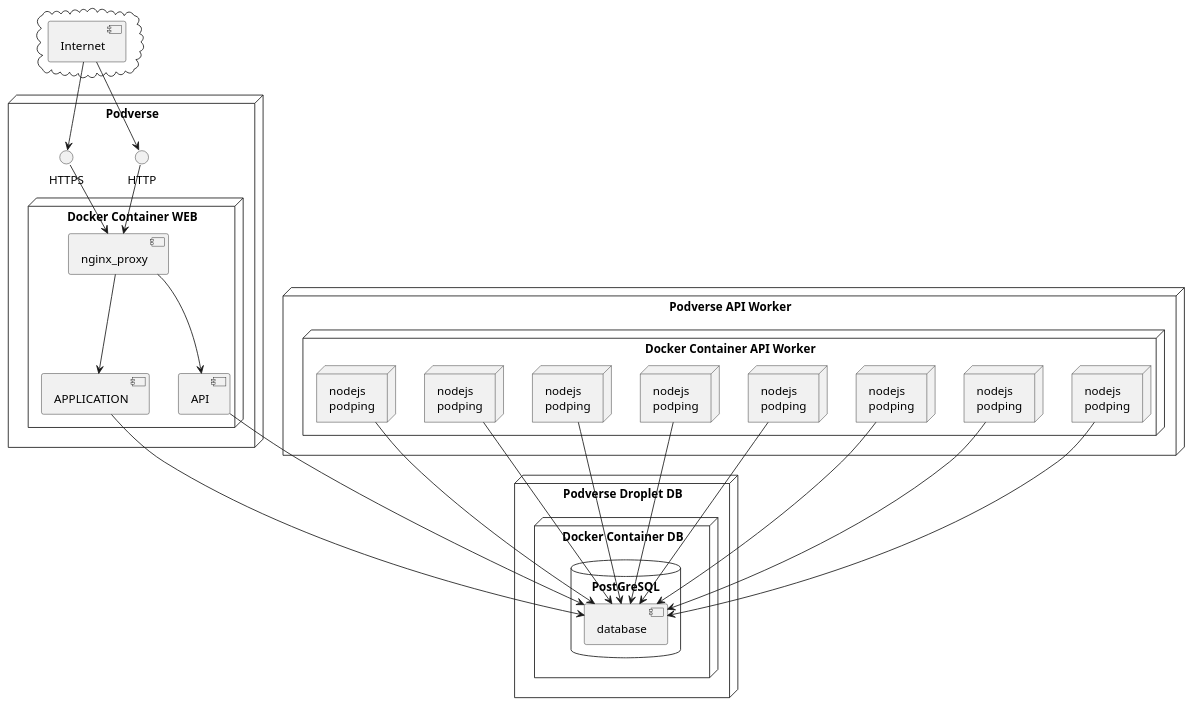
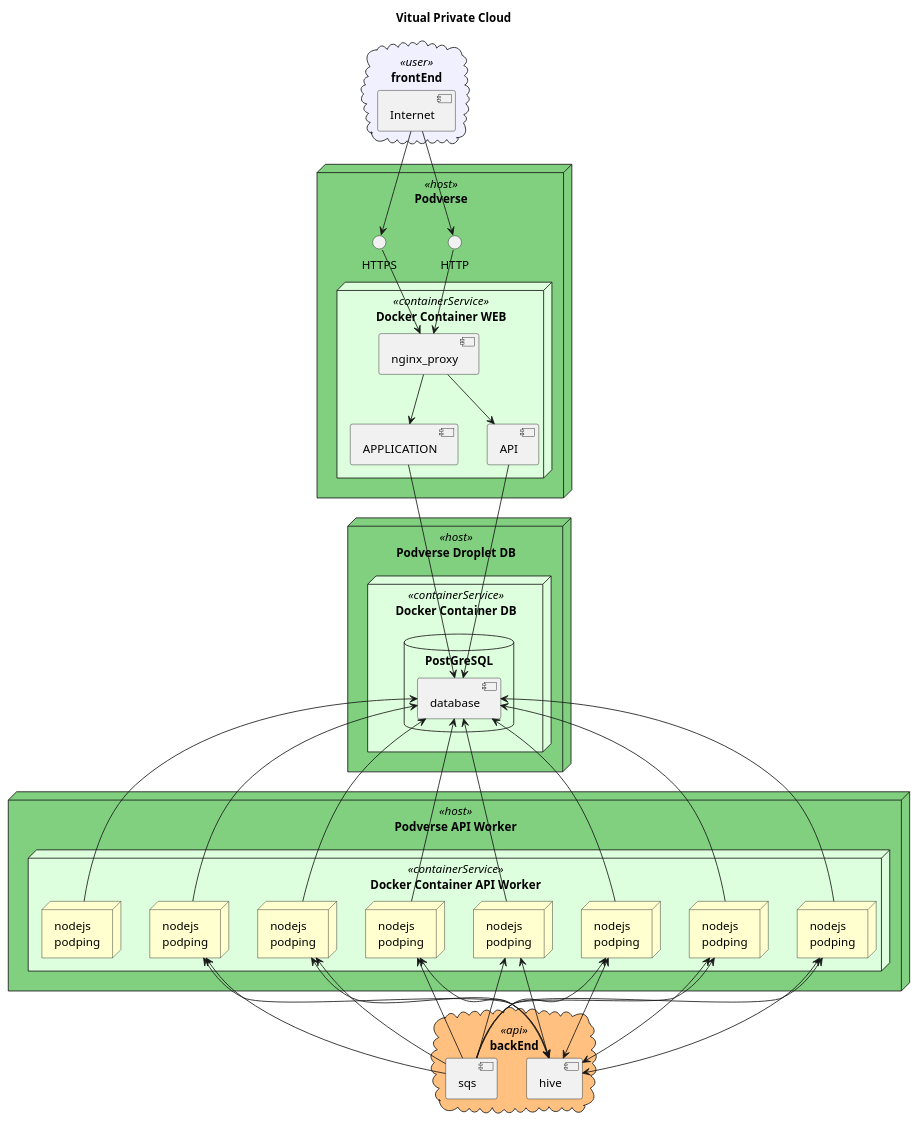
The diagram in diagrams/vps00.puml (podverse/podverse-ops), drawn with PlantUML before and after one commit. The commit also changed other lines of this file and 1 other file, not shown here.

```diff
--- a/diagrams/vps00.puml
+++ b/diagrams/vps00.puml
@@ -1,80 +3,112 @@
 @startuml vps00
 
-cloud {
-  [Internet]
+title Vitual Private Cloud
+
+skinparam node {
+
+BackgroundColor #FFFFD0
+BackgroundColor<<host>> #80D080
+BackgroundColor<<containerService>> #DDFFDD
 }
 
-node "Podverse" {
-  [Internet] --> HTTP
-  [Internet] --> HTTPS
-
-
-  node "Docker Container WEB" {
-    [nginx_proxy]
-    [APPLICATION]
-    [API]
-  }
+skinparam cloud {
+BackgroundColor<<user>> #F0F0FF
+BackgroundColor<<api>> #FFC080
+}
+cloud frontEnd <<user>>{
+[Internet]
 }
 
-node "Podverse Droplet DB" {
-  node "Docker Container DB" {
-    database "PostGreSQL" {
-      [database]
-    }
-  }
+cloud backEnd <<api>> {
+[hive]
+[sqs]
 }
-node "Podverse API Worker" {
-  node "Docker Container API Worker" {
-    node node0 [
-      nodejs
-      podping
-    ]
-    node node1 [
-      nodejs
-      podping
-    ]
-    node node2 [
-      nodejs
-      podping
-    ]
-    node node3 [
-      nodejs
-      podping
-    ]
-    node node4 [
-      nodejs
-      podping
-    ]
-    node node5 [
-      nodejs
-      podping
-    ]
-    node node6 [
-      nodejs
-      podping
-    ]
-    node node7 [
-      nodejs
-      podping
-    ]
-  }
+node proxy <<host>> as “Podverse” {
+[Internet] --> HTTP
+[Internet] --> HTTPS
+
+node webDocker <<containerService>> as “Docker Container WEB” {
+[nginx_proxy]
+[APPLICATION]
+[API]
+}
 }
 
+node dbserver <<host>> as “Podverse Droplet DB” {
+node dbserverDocker <<containerService>> as “Docker Container DB” {
+database “PostGreSQL” {
+[database]
+}
+}
+}
+node apiWorkcer <<host>> as “Podverse API Worker” {
+node apiWorkcerDocker <<containerService>> as “Docker Container API Worker” {
+node node0 [
+nodejs
+podping
+]
+node node1 [
+nodejs
+podping
+]
+node node2 [
+nodejs
+podping
+]
+node node3 [
+nodejs
+podping
+]
+node node4 [
+nodejs
+podping
+]
+node node5 [
+nodejs
+podping
+]
+node node6 [
+nodejs
+podping
+]
+node node7 [
+nodejs
+podping
+]
+}
+}
 
 HTTP --> [nginx_proxy]
 HTTPS --> [nginx_proxy]
 nginx_proxy --> [APPLICATION]
 nginx_proxy --> [API]
 
 [API] --> [database]
 [APPLICATION] --> [database]
-[node0] --> [database]
-[node1] --> [database]
-[node2] --> [database]
-[node3] --> [database]
-[node4] --> [database]
-[node5] --> [database]
-[node6] --> [database]
-[node7] --> [database]
+
+[database] <-- [node0]
+[database] <-- [node1]
+[database] <-- [node2]
+[database] <-- [node3]
+[database] <-- [node4]
+[database] <-- [node5]
+[database] <-- [node6]
+[database] <-- [node7]
+
+[node0] <-- [sqs]
+[node2] <-- [sqs]
+[node3] <-- [sqs]
+[node4] <-- [sqs]
+[node5] <-- [sqs]
+[node6] <-- [sqs]
+[node7] <-- [sqs]
+
+[node0] <–> [hive]
+[node2] <–> [hive]
+[node3] <–> [hive]
+[node4] <–> [hive]
+[node5] <–> [hive]
+[node6] <–> [hive]
+[node7] <–> [hive]
 
 @enduml
```
